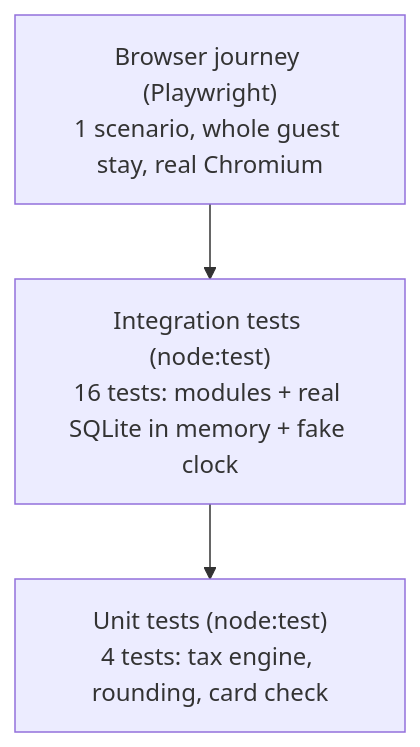
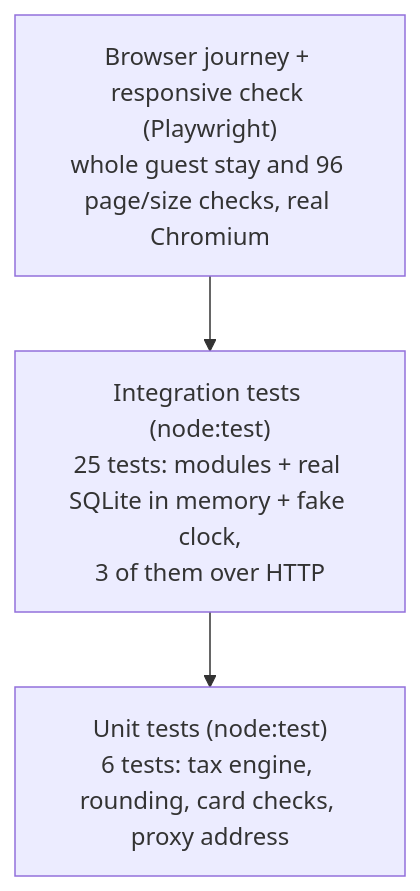
The diagram in docs/10-testing.md (pRiMeXoMeGa/white-label-hms), drawn with Mermaid before and after one commit. The commit also changed other lines of this file and 78 other files, not shown here.

````diff
--- a/docs/10-testing.md
+++ b/docs/10-testing.md
@@ -9,6 +9,6 @@
 ```mermaid
 flowchart TB
-  E2E["Browser journey (Playwright)<br/>1 scenario, whole guest stay, real Chromium"] --> INT
-  INT["Integration tests (node:test)<br/>16 tests: modules + real SQLite in memory + fake clock"] --> UNIT
-  UNIT["Unit tests (node:test)<br/>4 tests: tax engine, rounding, card check"]
+  E2E["Browser journey + responsive check (Playwright)<br/>whole guest stay and 96 page/size checks, real Chromium"] --> INT
+  INT["Integration tests (node:test)<br/>25 tests: modules + real SQLite in memory + fake clock,<br/>3 of them over HTTP"] --> UNIT
+  UNIT["Unit tests (node:test)<br/>6 tests: tax engine, rounding, card checks, proxy address"]
 ```
````
